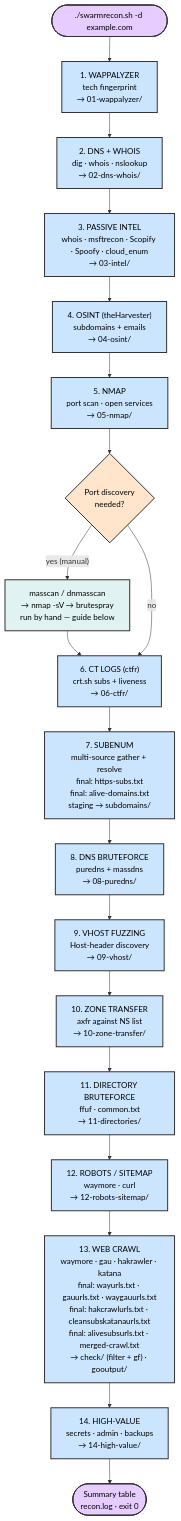
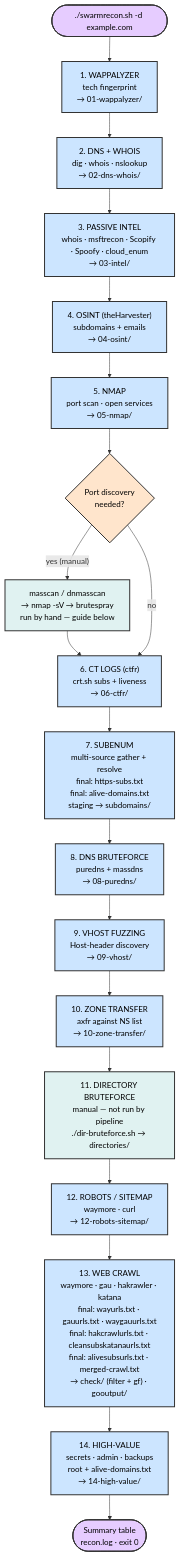
One commit to manojxshrestha/swarmrecon changed the third of 3 diagrams in README.md. Above: the diagram before and after it, drawn with Mermaid. The commit also changed other lines of this file and 1 other file, not shown here.

Commit message:
refactor!: remove step 11 from pipeline — directory bruteforce is manual (skip row + pointer), README synced

````diff
--- a/README.md
+++ b/README.md
@@ -283,37 +446,37 @@
 ```mermaid
 flowchart TD
     classDef phase fill:#cce5ff,stroke:#333,stroke-width:2px,color:#000
     classDef gate fill:#ffcccc,stroke:#333,stroke-width:2px,color:#000
     classDef decision fill:#ffe5cc,stroke:#333,stroke-width:2px,color:#000
     classDef terminal fill:#e6ccff,stroke:#333,stroke-width:2px,color:#000
     classDef manual fill:#e0f2f1,stroke:#333,stroke-width:2px,color:#000
 
     Start(["./swarmrecon.sh -d example.com"]):::terminal --> S1
 
     S1["1. WAPPALYZER<br/>tech fingerprint<br/>→ 01-wappalyzer/"]:::phase --> S2
     S2["2. DNS + WHOIS<br/>dig · whois · nslookup<br/>→ 02-dns-whois/"]:::phase --> S3
 
     S3["3. PASSIVE INTEL<br/>whois · msftrecon · Scopify · Spoofy · cloud_enum<br/>→ 03-intel/"]:::phase --> S4
     S4["4. OSINT (theHarvester)<br/>subdomains + emails<br/>→ 04-osint/"]:::phase --> S5
 
     S5["5. NMAP<br/>port scan · open services<br/>→ 05-nmap/"]:::phase --> PortDec
 
     PortDec{"Port discovery<br/>needed?"}:::decision
     PortDec -->|"yes (manual)"| Manual["masscan / dnmasscan<br/>→ nmap -sV → brutespray<br/>run by hand — guide below"]:::manual
     Manual --> S6
     PortDec -->|"no"| S6
 
     S6["6. CT LOGS (ctfr)<br/>crt.sh subs + liveness<br/>→ 06-ctfr/"]:::phase --> S7
     S7["7. SUBENUM<br/>multi-source gather + resolve<br/>final: https-subs.txt<br/>final: alive-domains.txt<br/>staging → subdomains/"]:::phase --> S8
     S8["8. DNS BRUTEFORCE<br/>puredns + massdns<br/>→ 08-puredns/"]:::phase --> S9
     S9["9. VHOST FUZZING<br/>Host-header discovery<br/>→ 09-vhost/"]:::phase --> S10
     S10["10. ZONE TRANSFER<br/>axfr against NS list<br/>→ 10-zone-transfer/"]:::phase --> S11
-    S11["11. DIRECTORY BRUTEFORCE<br/>ffuf · common.txt<br/>→ 11-directories/"]:::phase --> S12
+    S11["11. DIRECTORY BRUTEFORCE<br/>manual — not run by pipeline<br/>./dir-bruteforce.sh → directories/"]:::manual --> S12
     S12["12. ROBOTS / SITEMAP<br/>waymore · curl<br/>→ 12-robots-sitemap/"]:::phase --> S13
 
     S13["13. WEB CRAWL<br/>waymore · gau · hakrawler · katana<br/>final: wayurls.txt · gauurls.txt · waygauurls.txt<br/>final: hakcrawlurls.txt · cleansubskatanaurls.txt<br/>final: alivesubsurls.txt · merged-crawl.txt<br/>→ check/ (filter + gf) · gooutput/"]:::phase --> S14
 
-    S14["14. HIGH-VALUE<br/>secrets · admin · backups<br/>→ 14-high-value/"]:::phase --> Summary
+    S14["14. HIGH-VALUE<br/>secrets · admin · backups<br/>root + alive-domains.txt<br/>→ 14-high-value/"]:::phase --> Summary
 
     Summary(["Summary table<br/>recon.log · exit 0"]):::terminal
 ```
````
